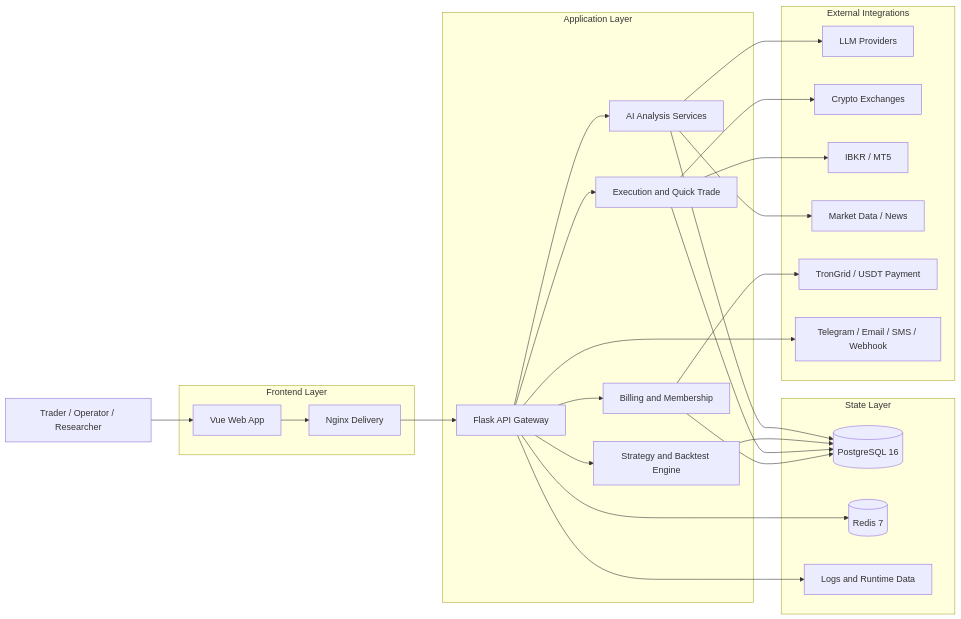
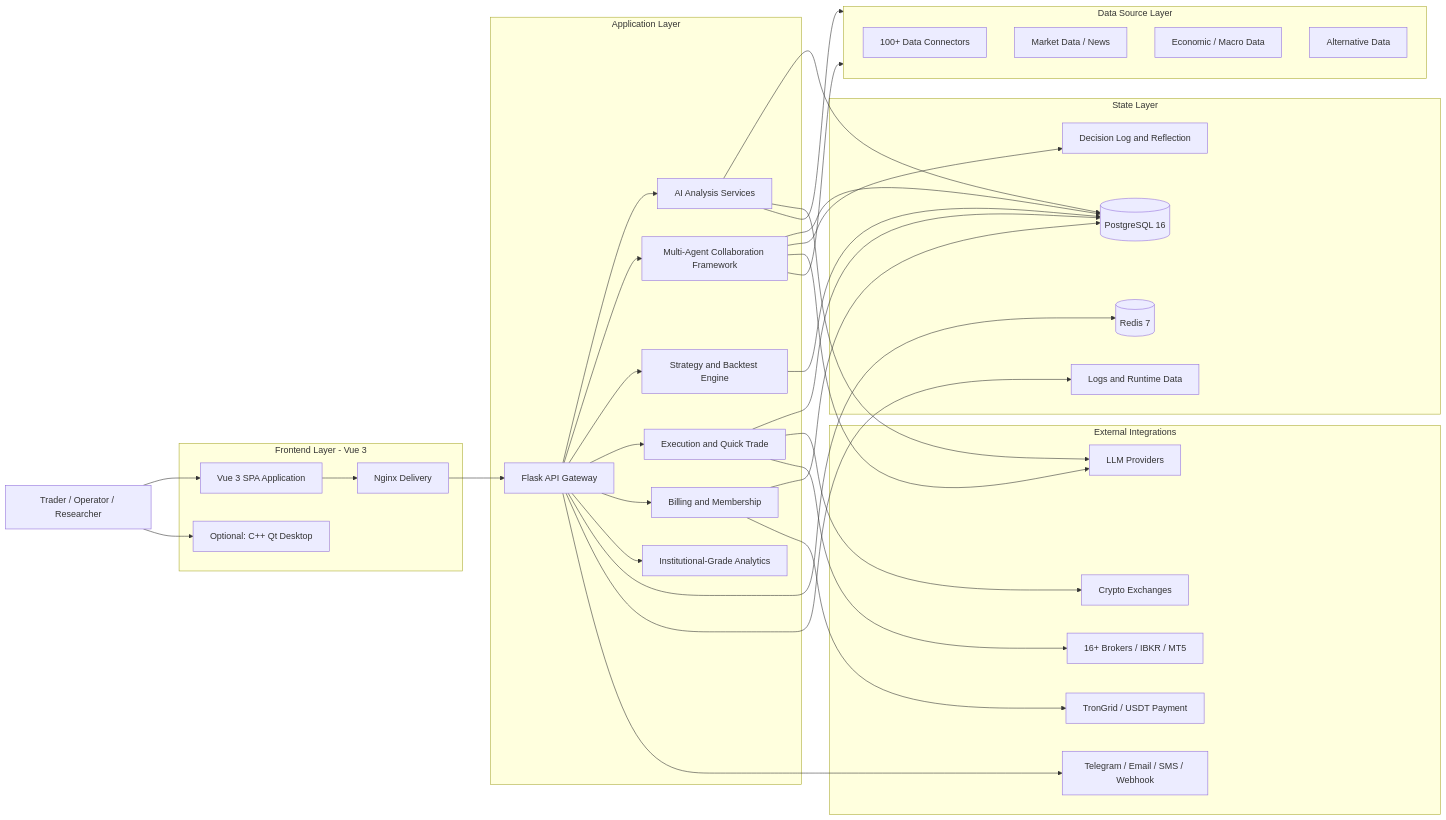
Before and after one commit to joezxh/QuantDinger: the diagram in README.md, drawn with Mermaid. The commit also changed other lines of this file and 116 other files, not shown here.

````diff
--- a/README.md
+++ b/README.md
@@ -299,53 +427,70 @@
 ```mermaid
 flowchart LR
     U[Trader / Operator / Researcher]
 
-    subgraph FE[Frontend Layer]
-        WEB[Vue Web App]
+    subgraph FE[Frontend Layer - Vue 3]
+        WEB[Vue 3 SPA Application]
         NG[Nginx Delivery]
+        DESKTOP[Optional: C++ Qt Desktop]
     end
 
     subgraph BE[Application Layer]
         API[Flask API Gateway]
         AI[AI Analysis Services]
+        AGENT[Multi-Agent Collaboration Framework]
         STRAT[Strategy and Backtest Engine]
         EXEC[Execution and Quick Trade]
         BILL[Billing and Membership]
+        ANALYTICS[Institutional-Grade Analytics]
     end
 
     subgraph DATA[State Layer]
         PG[(PostgreSQL 16)]
         REDIS[(Redis 7)]
         FILES[Logs and Runtime Data]
+        MEMORY[Decision Log and Reflection]
+    end
+
+    subgraph DATASRC[Data Source Layer]
+        DS100[100+ Data Connectors]
+        MARKET[Market Data / News]
+        ECON[Economic / Macro Data]
+        ALT[Alternative Data]
     end
 
     subgraph EXT[External Integrations]
         LLM[LLM Providers]
         EXCH[Crypto Exchanges]
-        BROKER[IBKR / MT5]
-        MARKET[Market Data / News]
+        BROKER[16+ Brokers / IBKR / MT5]
         PAY[TronGrid / USDT Payment]
         NOTIFY[Telegram / Email / SMS / Webhook]
     end
 
     U --> WEB
+    U --> DESKTOP
     WEB --> NG --> API
     API --> AI
+    API --> AGENT
     API --> STRAT
     API --> EXEC
     API --> BILL
+    API --> ANALYTICS
 
     AI --> PG
+    AGENT --> PG
+    AGENT --> MEMORY
     STRAT --> PG
     EXEC --> PG
     BILL --> PG
     API --> REDIS
     API --> FILES
 
     AI --> LLM
-    AI --> MARKET
+    AGENT --> LLM
+    AI --> DATASRC
+    AGENT --> DATASRC
     EXEC --> EXCH
     EXEC --> BROKER
     BILL --> PAY
     API --> NOTIFY
 ```
````
